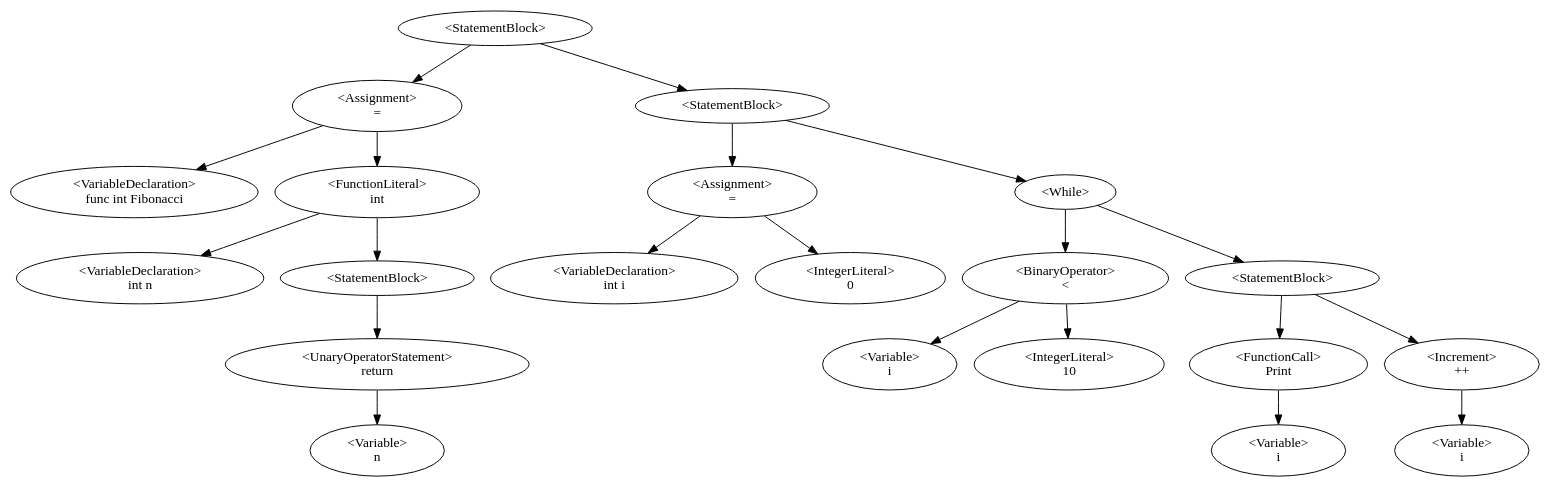
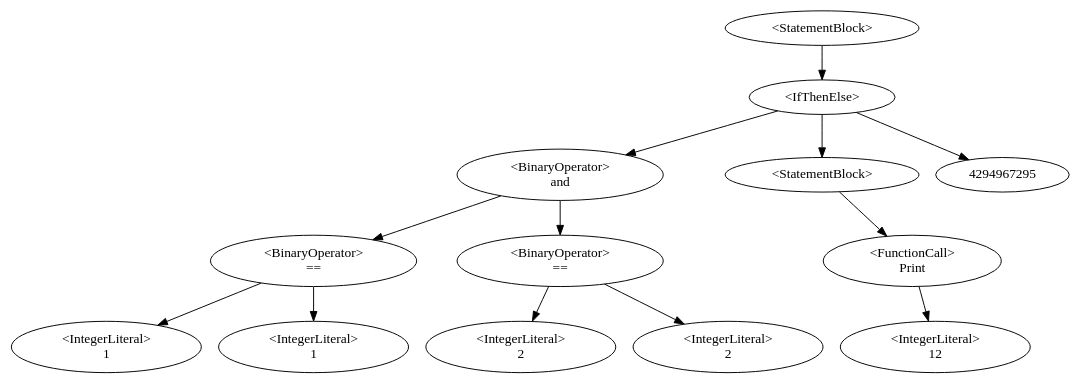
One commit to QazmoQwerty/dino changed the diagram in Dino/Dino/AstDisplay.gv. Above: the diagram before and after it, drawn with Graphviz. The commit also changed 2 other files, not shown here.

```diff
--- a/Dino/Dino/AstDisplay.gv
+++ b/Dino/Dino/AstDisplay.gv
@@ -1,24 +1,14 @@
 digraph G {
-0 [label="<StatementBlock>"];0->2;0->8;
-2 [label="<Assignment>\n="];2->1;2->3;
-1 [label="<VariableDeclaration>\nfunc int Fibonacci"];
-3 [label="<FunctionLiteral>
-int"];3->4;3->5;
-4 [label="<VariableDeclaration>\nint n"];
-5 [label="<StatementBlock>"];5->6;
-6 [label="<UnaryOperatorStatement>\nreturn"];6->7;
-7 [label="<Variable>\nn"];
-8 [label="<StatementBlock>"];8->10;8->12;
-10 [label="<Assignment>\n="];10->9;10->11;
-9 [label="<VariableDeclaration>\nint i"];
-11 [label="<IntegerLiteral>\n0"];
-12 [label="<While>"];12->14;12->19;
-14 [label="<BinaryOperator>\n<"];14->13;14->15;
-13 [label="<Variable>\ni"];
-15 [label="<IntegerLiteral>\n10"];
-19 [label="<StatementBlock>"];19->21;19->16;
-21 [label="<FunctionCall>\nPrint"];21->22;
-22 [label="<Variable>\ni"];
-16 [label="<Increment>\n++"];16->17;
-17 [label="<Variable>\ni"];
+0 [label="<StatementBlock>"];0->1;
+1 [label="<IfThenElse>"];1->5;1->9;1->4294967295;
+5 [label="<BinaryOperator>\nand"];5->3;5->7;
+3 [label="<BinaryOperator>\n=="];3->2;3->4;
+2 [label="<IntegerLiteral>\n1"];
+4 [label="<IntegerLiteral>\n1"];
+7 [label="<BinaryOperator>\n=="];7->6;7->8;
+6 [label="<IntegerLiteral>\n2"];
+8 [label="<IntegerLiteral>\n2"];
+9 [label="<StatementBlock>"];9->11;
+11 [label="<FunctionCall>\nPrint"];11->12;
+12 [label="<IntegerLiteral>\n12"];
 }
```
